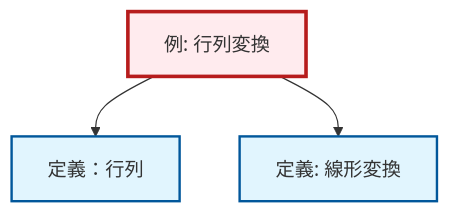
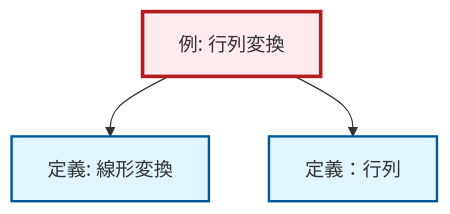
One commit to RK0429/ModernMath changed the diagram in content/ja/algebra/ex-matrix-transformation.qmd. Above: the diagram before and after it, drawn with Mermaid. The commit also changed 672 other files, not shown here.

````diff
--- a/content/ja/algebra/ex-matrix-transformation.qmd
+++ b/content/ja/algebra/ex-matrix-transformation.qmd
@@ -53,17 +53,17 @@
 ```{mermaid}
-%%| fig-cap: "Local dependency graph"
+%%| fig-cap: "ローカル依存関係グラフ"
 graph TD
     classDef definition fill:#e1f5fe,stroke:#01579b,stroke-width:2px
     classDef theorem fill:#f3e5f5,stroke:#4a148c,stroke-width:2px
     classDef axiom fill:#fff3e0,stroke:#e65100,stroke-width:2px
     classDef example fill:#e8f5e9,stroke:#1b5e20,stroke-width:2px
     classDef current fill:#ffebee,stroke:#b71c1c,stroke-width:3px
     def-linear-transformation["定義: 線形変換"]:::definition
+    ex-matrix-transformation["例: 行列変換"]:::example
     def-matrix["定義：行列"]:::definition
-    ex-matrix-transformation["例: 行列変換"]:::example
+    ex-matrix-transformation --> def-linear-transformation
     ex-matrix-transformation --> def-matrix
-    ex-matrix-transformation --> def-linear-transformation
     class ex-matrix-transformation current
     click def-linear-transformation "def-linear-transformation.html" "線形変換の定義へ"
     click def-matrix "def-matrix.html" "定義：行列へ"
 ```
````
